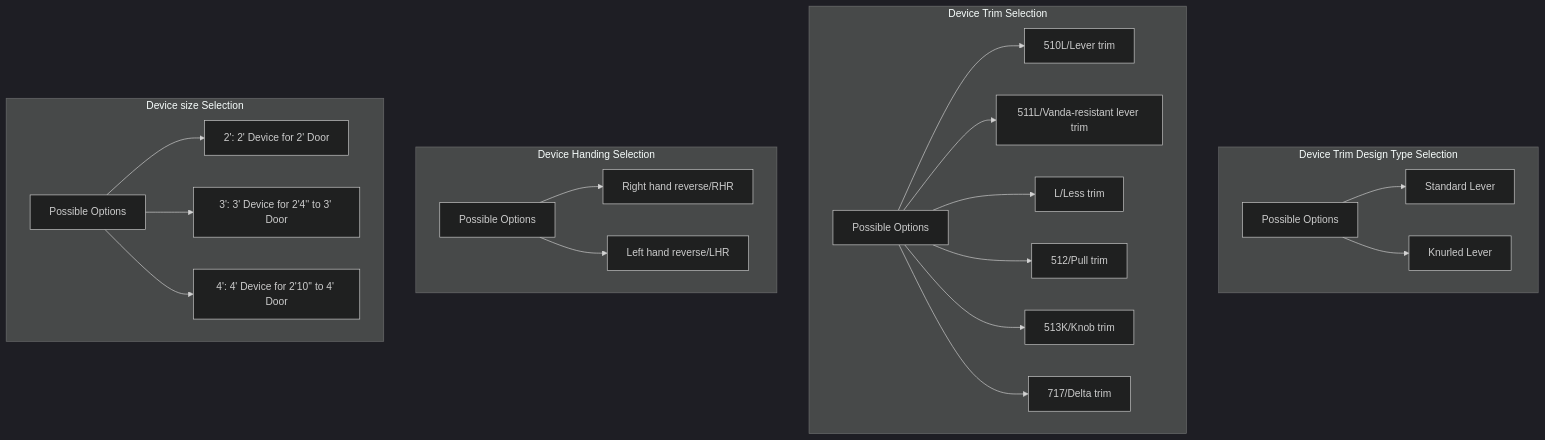
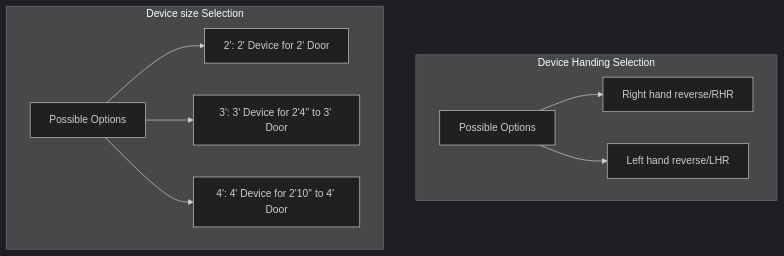
Before and after one commit to alokdas81/diamond-pricebook-diagram: diagram 14 of 15 in README.md, drawn with Mermaid (dark theme). The commit also changed other lines of this file and 4 other files, not shown here.

````diff
--- a/README.md
+++ b/README.md
@@ -667,32 +667,18 @@
 ```mermaid
 graph TB
 
-
-subgraph Device Trim Design Type Selection
-O[Possible Options] --> P[Standard Lever]
-O --> Q[Knurled Lever]
-end
-
-subgraph Device Trim Selection
-H[Possible Options] --> I[510L/Lever trim]
-H --> J[511L/Vanda-resistant lever trim]
-H --> K[L/Less trim]
-H --> L[512/Pull trim]
-H --> M[513K/Knob trim]
-H --> N[717/Delta trim]
-end
 
 
 subgraph Device Handing Selection
 E[Possible Options] --> F[Right hand reverse/RHR]
 E --> G[Left hand reverse/LHR]
 end
 
 subgraph Device size Selection
 A[Possible Options]
 A --> B[2': 2' Device for 2' Door]
 A --> C[3': 3' Device for 2'4'' to 3' Door]
 A --> D[4': 4' Device for 2'10'' to 4' Door]
 end
 
 ```
````
